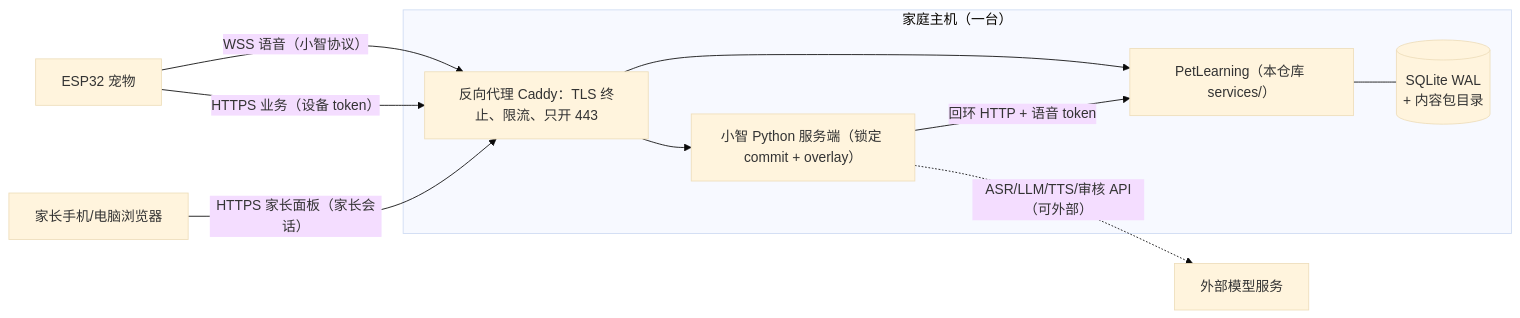
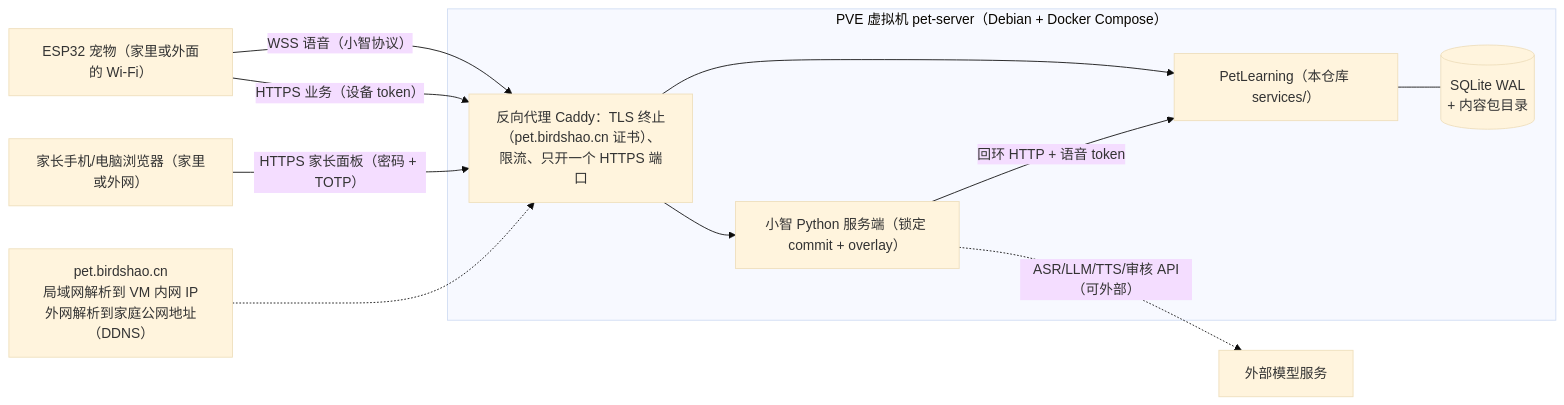
Before and after one commit to birdshao/xiaozhi-pet: the diagram in docs/V5_V6_SERVER_PLAN.md, drawn with Mermaid (base theme). The commit also changed other lines of this file, not shown here.

First line of the commit message:
docs: record server plan decisions D1-D12

````diff
--- a/docs/V5_V6_SERVER_PLAN.md
+++ b/docs/V5_V6_SERVER_PLAN.md
@@ -45,17 +45,18 @@
 ```mermaid
 flowchart LR
-    DEV["ESP32 宠物"] -- "WSS 语音（小智协议）" --> PX
+    DEV["ESP32 宠物（家里或外面的 Wi-Fi）"] -- "WSS 语音（小智协议）" --> PX
     DEV -- "HTTPS 业务（设备 token）" --> PX
-    PAR["家长手机/电脑浏览器"] -- "HTTPS 家长面板（家长会话）" --> PX
-    subgraph HOST["家庭主机（一台）"]
-      PX["反向代理 Caddy：TLS 终止、限流、只开 443"]
+    PAR["家长手机/电脑浏览器（家里或外网）"] -- "HTTPS 家长面板（密码 + TOTP）" --> PX
+    DNS["pet.birdshao.cn\n局域网解析到 VM 内网 IP\n外网解析到家庭公网地址（DDNS）"] -.-> PX
+    subgraph HOST["PVE 虚拟机 pet-server（Debian + Docker Compose）"]
+      PX["反向代理 Caddy：TLS 终止（pet.birdshao.cn 证书）、限流、只开一个 HTTPS 端口"]
       XZ["小智 Python 服务端（锁定 commit + overlay）"]
       PL["PetLearning（本仓库 services/）"]
       DB[("SQLite WAL\n+ 内容包目录")]
       PX --> XZ
       PX --> PL
       XZ -- "回环 HTTP + 语音 token" --> PL
       PL --- DB
     end
     XZ -. "ASR/LLM/TTS/审核 API（可外部）" .-> EXT["外部模型服务"]
 ```
````
